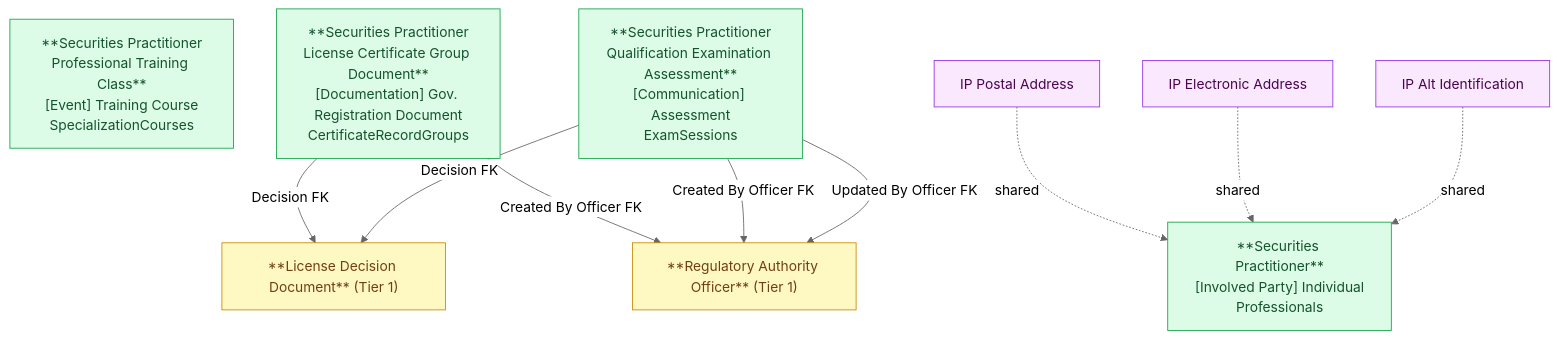
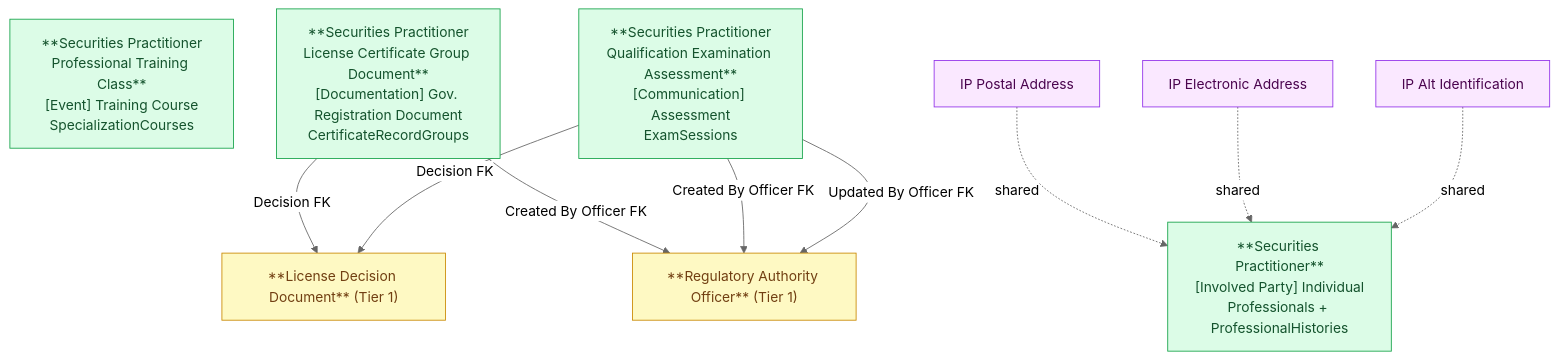
The second of 2 diagrams in Silver/hld/NHNCK_HLD_Tier2.md (linhlvit/ubck_atomic_design), drawn with Mermaid (neutral theme) before and after one commit. The commit also changed other lines of this file and 53 other files, not shown here.

````diff
--- a/Silver/hld/NHNCK_HLD_Tier2.md
+++ b/Silver/hld/NHNCK_HLD_Tier2.md
@@ -45,27 +46,27 @@
 ```mermaid
 graph TD
     classDef silver fill:#dcfce7,stroke:#16a34a,color:#14532d
     classDef shared fill:#fae8ff,stroke:#9333ea,color:#4a044e
     classDef outscope fill:#fef9c3,stroke:#ca8a04,color:#713f12
 
-    PRAC["**Securities Practitioner**\n[Involved Party] Individual\nProfessionals"]:::silver
+    PRAC["**Securities Practitioner**\n[Involved Party] Individual\nProfessionals + ProfessionalHistories"]:::silver
     TRAINCLASS["**Securities Practitioner\nProfessional Training Class**\n[Event] Training Course\nSpecializationCourses"]:::silver
     CERTGRP["**Securities Practitioner\nLicense Certificate Group Document**\n[Documentation] Gov. Registration Document\nCertificateRecordGroups"]:::silver
     EXAM["**Securities Practitioner\nQualification Examination Assessment**\n[Communication] Assessment\nExamSessions"]:::silver
 
     ADDR["IP Postal Address"]:::shared
     EADDR["IP Electronic Address"]:::shared
     ALTID["IP Alt Identification"]:::shared
 
     DECISION["**License Decision Document** (Tier 1)"]:::outscope
     OFFICER["**Regulatory Authority Officer** (Tier 1)"]:::outscope
 
     ADDR -.->|"shared"| PRAC
     EADDR -.->|"shared"| PRAC
     ALTID -.->|"shared"| PRAC
     CERTGRP -->|"Decision FK"| DECISION
     CERTGRP -->|"Created By Officer FK"| OFFICER
     EXAM -->|"Decision FK"| DECISION
     EXAM -->|"Created By Officer FK"| OFFICER
     EXAM -->|"Updated By Officer FK"| OFFICER
 ```
````
